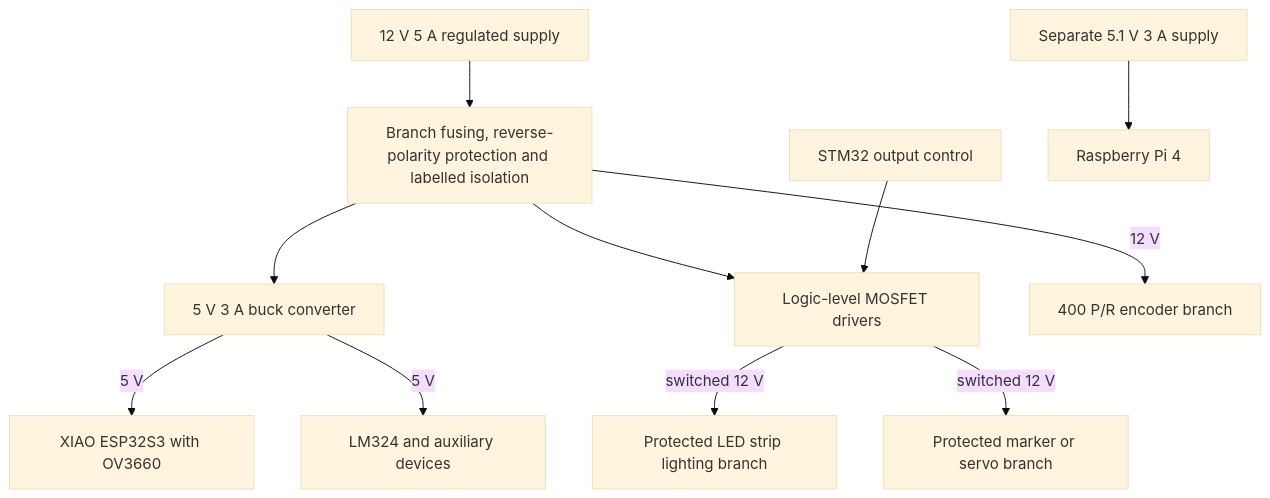
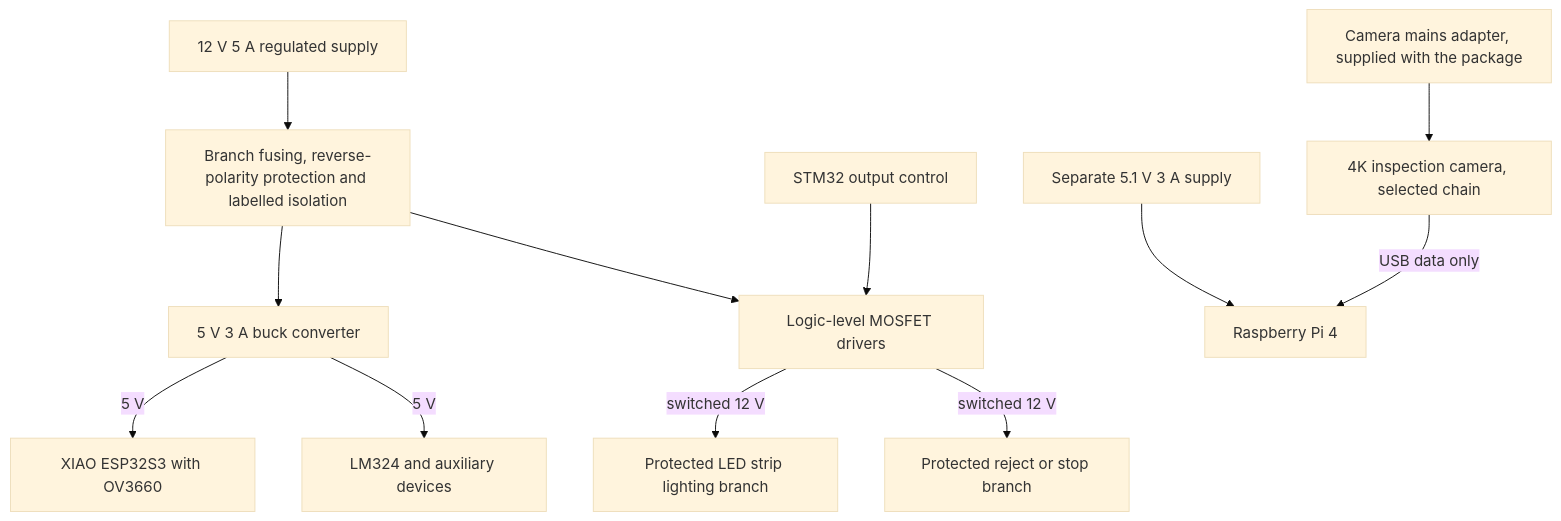
One commit to wxy331-hub/eng5105-rpla-surface-quality changed the fourth of 4 diagrams in paper_rewriting_output/ENG5105_Proposal_Design_Report_EN.md. Above: the diagram before and after it, drawn with Mermaid (base theme). The commit also changed other lines of this file and 22 other files, not shown here.

````diff
--- a/paper_rewriting_output/ENG5105_Proposal_Design_Report_EN.md
+++ b/paper_rewriting_output/ENG5105_Proposal_Design_Report_EN.md
@@ -451,17 +485,18 @@
 ```mermaid
 flowchart TB
     PS["12 V 5 A regulated supply"]
     PT["Branch fusing, reverse-polarity protection and labelled isolation"]
     BK["5 V 3 A buck converter"]
     DR["Logic-level MOSFET drivers"]
     PS --> PT
     PT --> BK
     PT --> DR
-    PT -->|"12 V"| ENC["400 P/R encoder branch"]
     BK -->|"5 V"| ESP["XIAO ESP32S3 with OV3660"]
     BK -->|"5 V"| ANA["LM324 and auxiliary devices"]
     DR -->|"switched 12 V"| LT["Protected LED strip lighting branch"]
-    DR -->|"switched 12 V"| MK["Protected marker or servo branch"]
+    DR -->|"switched 12 V"| MK["Protected reject or stop branch"]
     STM["STM32 output control"] --> DR
     PIS["Separate 5.1 V 3 A supply"] --> PI["Raspberry Pi 4"]
+    ADP["Camera mains adapter, supplied with the package"] --> CAM["4K inspection camera, selected chain"]
+    CAM -->|"USB data only"| PI
 ```
````
